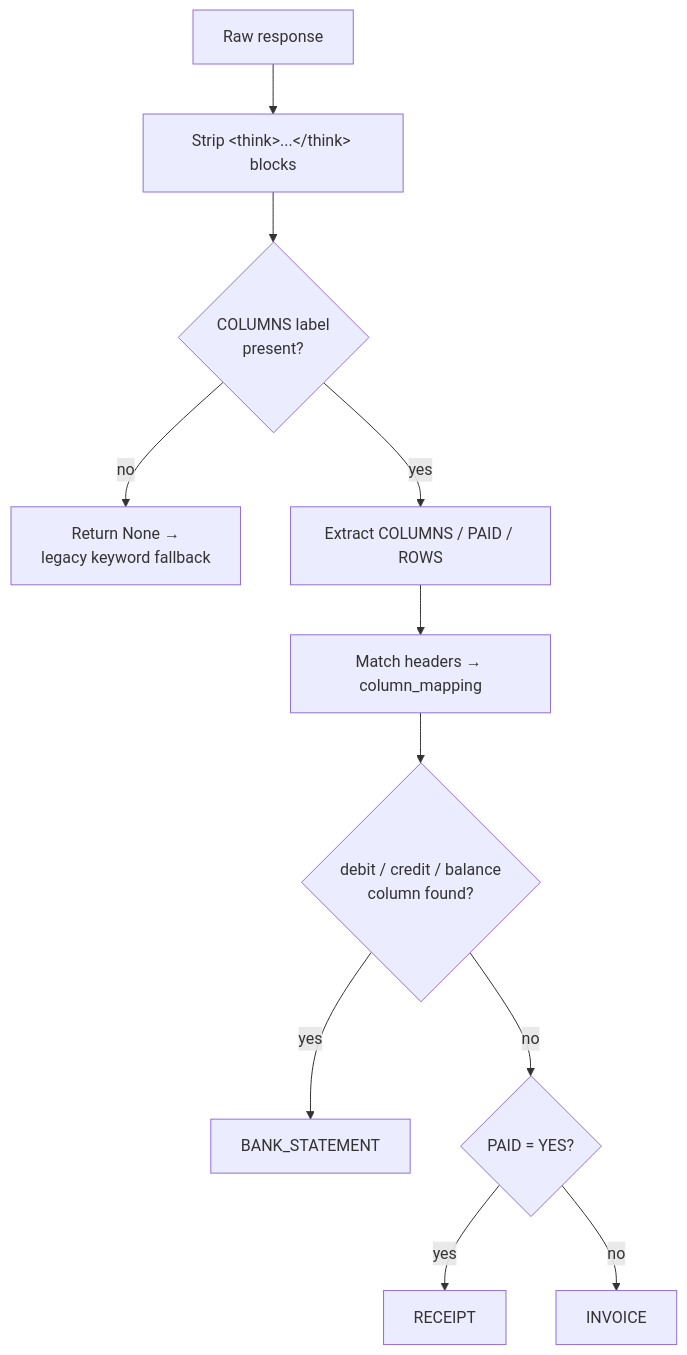
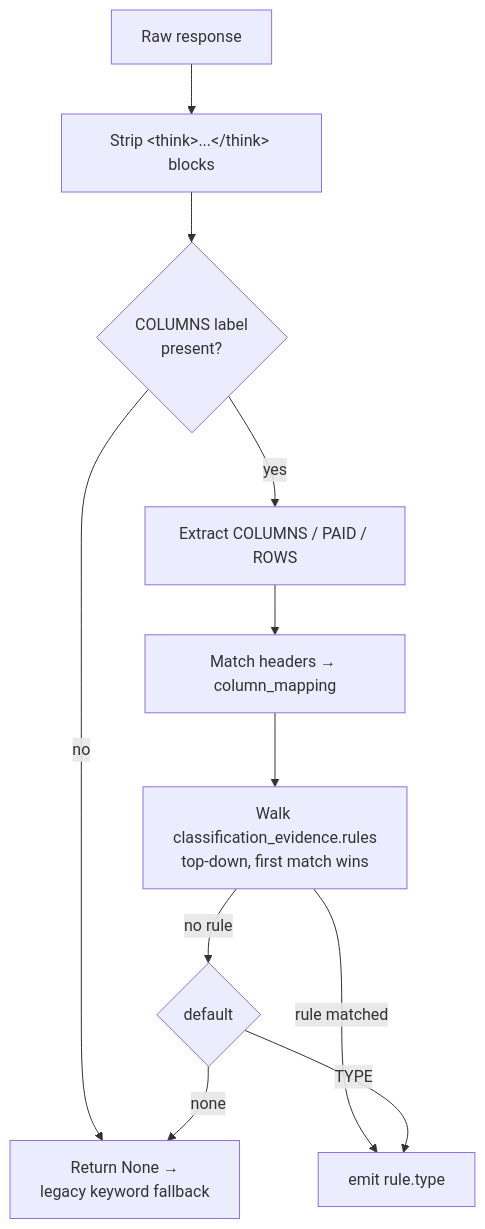
Before and after one commit to tmnestor/LMM_POC: the second of 3 diagrams in docs/document_classification.md, drawn with Mermaid. The commit also changed other lines of this file and 4 other files, not shown here.

First line of the commit message:
✨ feat: YAML-driven classification evidence rules

````diff
--- a/docs/document_classification.md
+++ b/docs/document_classification.md
@@ -113,13 +117,13 @@
 ```mermaid
 flowchart TD
     R[Raw response] --> S[Strip &lt;think&gt;...&lt;/think&gt; blocks]
     S --> T{COLUMNS label<br/>present?}
     T -->|no| L[Return None →<br/>legacy keyword fallback]
     T -->|yes| U[Extract COLUMNS / PAID / ROWS]
     U --> V[Match headers → column_mapping]
-    V --> W{debit / credit / balance<br/>column found?}
-    W -->|yes| BANK[BANK_STATEMENT]
-    W -->|no| X{PAID = YES?}
-    X -->|yes| RECEIPT[RECEIPT]
-    X -->|no| INVOICE[INVOICE]
+    V --> W[Walk classification_evidence.rules<br/>top-down, first match wins]
+    W -->|rule matched| TYPE[emit rule.type]
+    W -->|no rule| D{default}
+    D -->|none| L
+    D -->|TYPE| TYPE
 ```
````
